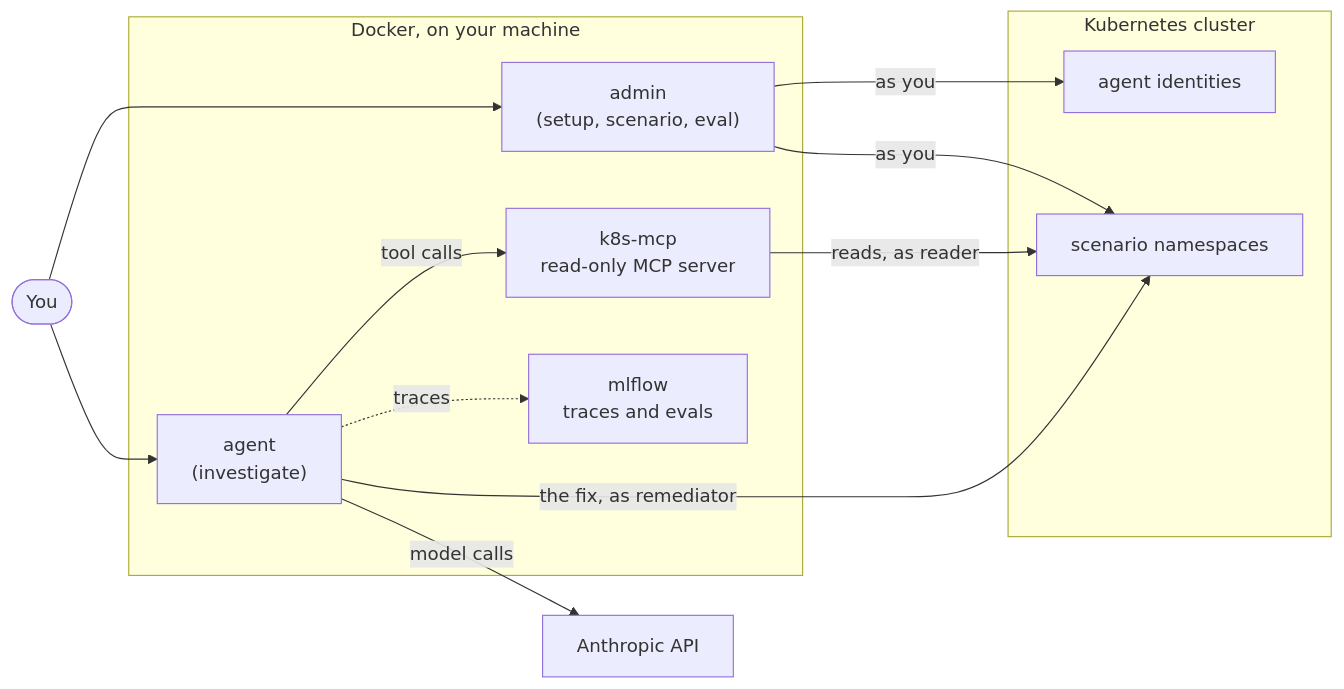
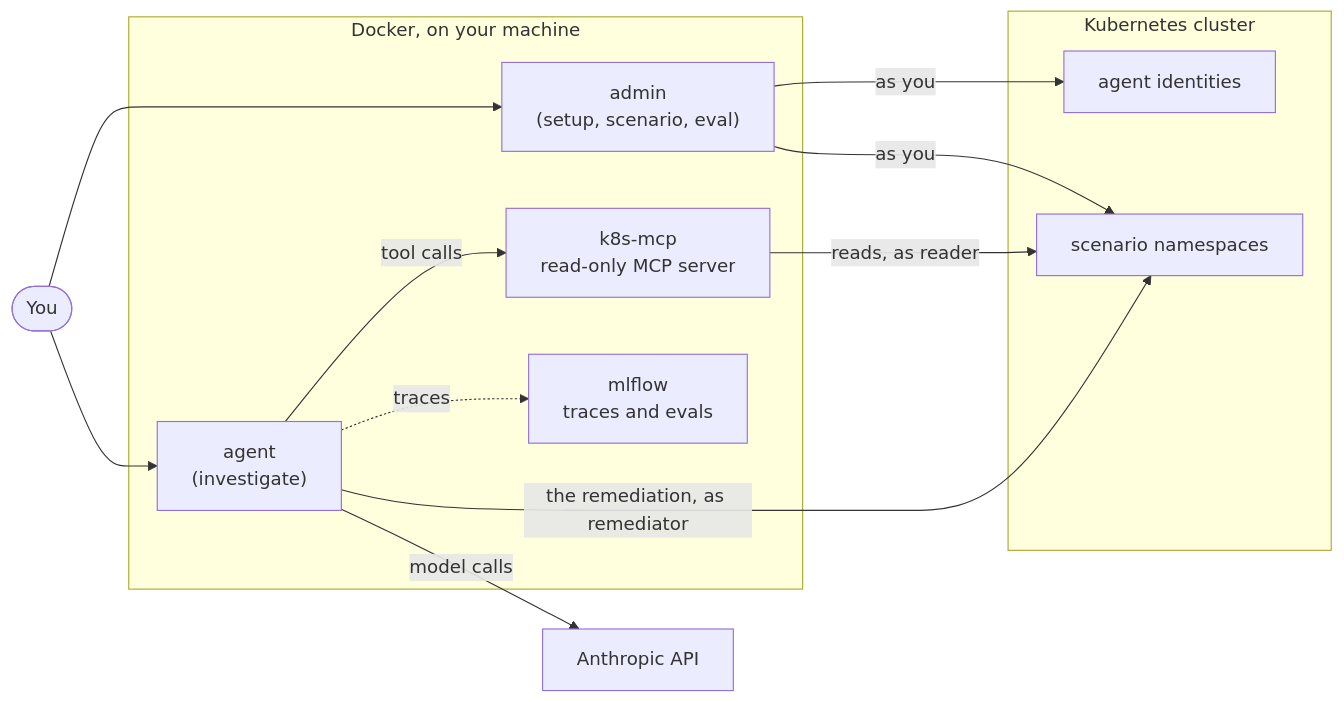
Before and after one commit to tomershukhman/k8s-troubleshooting-agent: the second of 6 diagrams in DESIGN.md, drawn with Mermaid. The commit also changed other lines of this file, not shown here.

Commit message:
DESIGN: call it remediation, as the README and the brief do [skip ci]

````diff
--- a/DESIGN.md
+++ b/DESIGN.md
@@ -47,24 +47,24 @@
 ```mermaid
 flowchart LR
     you(["You"])
     subgraph docker["Docker, on your machine"]
         admin["admin<br/>(setup, scenario, eval)"]
         agent["agent<br/>(investigate)"]
         mcp["k8s-mcp<br/>read-only MCP server"]
         mlflow["mlflow<br/>traces and evals"]
     end
     subgraph k8s["Kubernetes cluster"]
         ids["agent identities"]
         scen["scenario namespaces"]
     end
     claude["Anthropic API"]
     you --> admin
     you --> agent
     admin -- "as you" --> ids
     admin -- "as you" --> scen
     agent -- "tool calls" --> mcp
     mcp -- "reads, as reader" --> scen
-    agent -- "the fix, as remediator" --> scen
+    agent -- "the remediation, as remediator" --> scen
     agent -. "traces" .-> mlflow
     agent -- "model calls" --> claude
 ```
````
